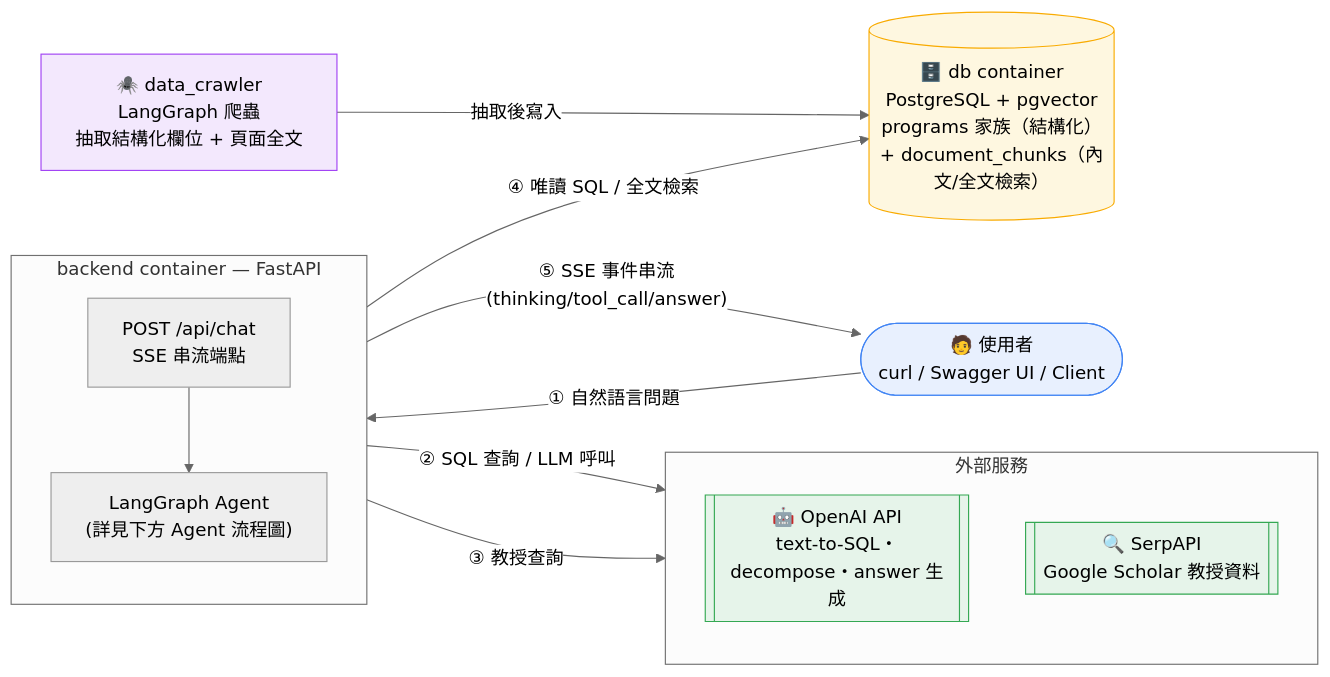
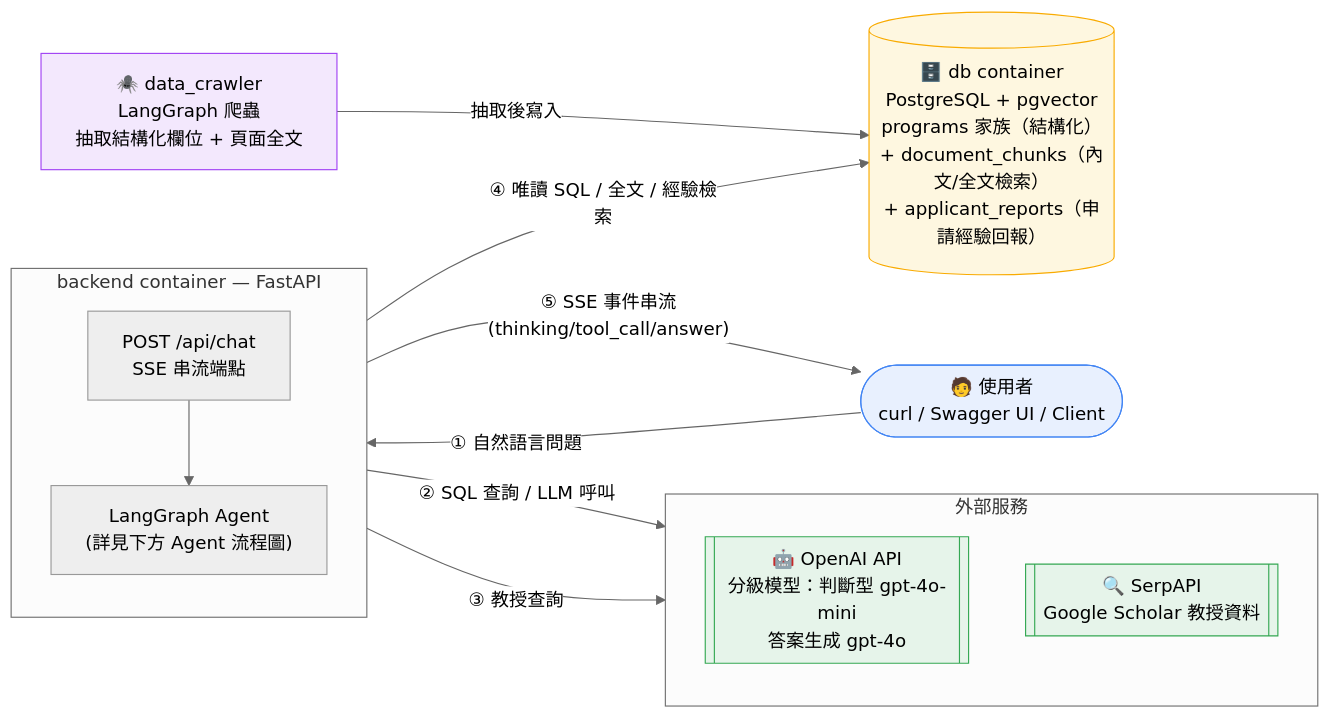
Before and after one commit to iamhenryhuang/AI-Study-Abroad-Consultant: the first of 2 diagrams in README.md, drawn with Mermaid (neutral theme). The commit also changed other lines of this file and 5 other files, not shown here.

````diff
--- a/README.md
+++ b/README.md
@@ -18,34 +18,34 @@
 ```mermaid
 flowchart LR
     Client(["🧑 使用者<br/>curl / Swagger UI / Client"])
 
     subgraph Backend["backend container — FastAPI"]
         direction TB
         API["POST /api/chat<br/>SSE 串流端點"]
         Agent["LangGraph Agent<br/>(詳見下方 Agent 流程圖)"]
         API --> Agent
     end
 
     subgraph External["外部服務"]
         direction TB
-        OpenAI[["🤖 OpenAI API<br/>text-to-SQL・decompose・answer 生成"]]
+        OpenAI[["🤖 OpenAI API<br/>分級模型：判斷型 gpt-4o-mini<br/>答案生成 gpt-4o"]]
         SerpAPI[["🔍 SerpAPI<br/>Google Scholar 教授資料"]]
     end
 
-    DB[("🗄️ db container<br/>PostgreSQL + pgvector<br/>programs 家族（結構化）<br/>+ document_chunks（內文/全文檢索）")]
+    DB[("🗄️ db container<br/>PostgreSQL + pgvector<br/>programs 家族（結構化）<br/>+ document_chunks（內文/全文檢索）<br/>+ applicant_reports（申請經驗回報）")]
     Crawler["🕷️ data_crawler<br/>LangGraph 爬蟲<br/>抽取結構化欄位 + 頁面全文"]
 
     Crawler -- "抽取後寫入" --> DB
     Client -- "① 自然語言問題" --> API
     Agent -- "② SQL 查詢 / LLM 呼叫" --> OpenAI
     Agent -- "③ 教授查詢" --> SerpAPI
-    Agent -- "④ 唯讀 SQL / 全文檢索" --> DB
+    Agent -- "④ 唯讀 SQL / 全文 / 經驗檢索" --> DB
     Agent -- "⑤ SSE 事件串流<br/>(thinking/tool_call/answer)" --> Client
 
     style Crawler fill:#f3e8fd,stroke:#a142f4
 
     style Client fill:#e8f0fe,stroke:#4285f4
     style DB fill:#fef7e0,stroke:#f9ab00
     style OpenAI fill:#e6f4ea,stroke:#34a853
     style SerpAPI fill:#e6f4ea,stroke:#34a853
 ```
````
